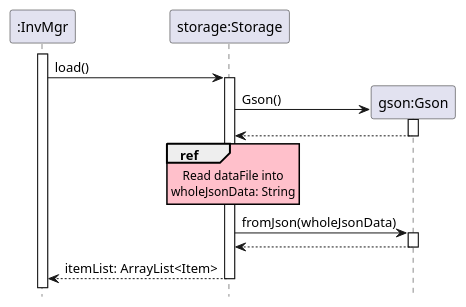
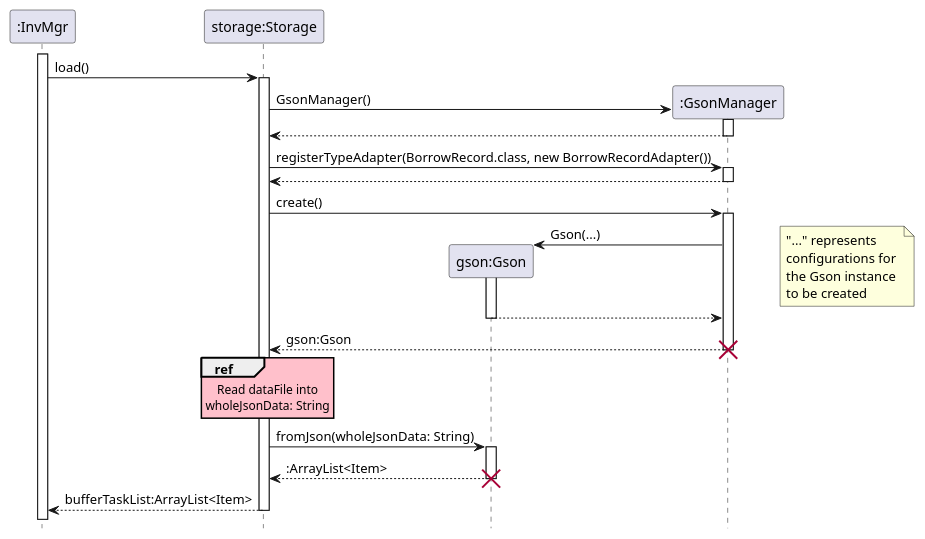
Before and after one commit to nus-cs2113-AY2122S2/tp: the diagram in docs/diagrams/StorageLoadSequenceDiagram.puml, drawn with PlantUML. The commit also changed other lines of this file and 6 other files, not shown here.

Commit message:
Add UML Sequence diagrams to reflect changes Changes/additions: EditCommand, SearchCommand, Storage Load/Save

```diff
--- a/docs/diagrams/StorageLoadSequenceDiagram.puml
+++ b/docs/diagrams/StorageLoadSequenceDiagram.puml
@@ -1,31 +1,47 @@
 @startuml
 
 hide footbox
 skinparam SequenceReferenceBackgroundColor pink
 
 participant ":InvMgr" as InvMgr
 participant "storage:Storage" as Storage
 participant "gson:Gson" as Gson
+participant ":GsonManager" as GsonManager
 
 activate InvMgr
     InvMgr -> Storage : load()
     activate Storage
 
-        create Gson
-        Storage -> Gson : Gson()
-        activate Gson
+        create GsonManager
+        Storage -> GsonManager: GsonManager()
+        activate GsonManager
         return
+
+        Storage -> GsonManager: registerTypeAdapter(BorrowRecord.class, new BorrowRecordAdapter())
+        activate GsonManager
+        return
+
+        Storage -> GsonManager: create()
+        activate GsonManager
+            create Gson
+            GsonManager -> Gson: Gson(...)
+            activate Gson
+            note right: "..." represents \nconfigurations for \nthe Gson instance \nto be created
+            return
+        return gson:Gson
+        destroy GsonManager
 
         ref over Storage
             Read dataFile into
             wholeJsonData: String
         end ref
 
-        Storage -> Gson : fromJson(wholeJsonData)
+        Storage -> Gson:fromJson(wholeJsonData: String)
         activate Gson
-        return
+        return :ArrayList<Item>
+        destroy Gson
 
-    return itemList: ArrayList<Item>
+    return bufferTaskList:ArrayList<Item>
 
 
 @enduml
```
